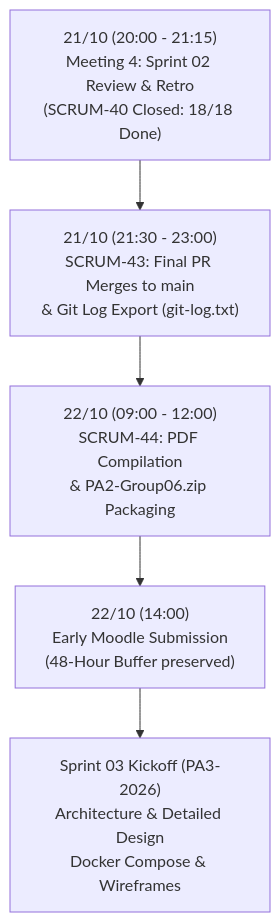
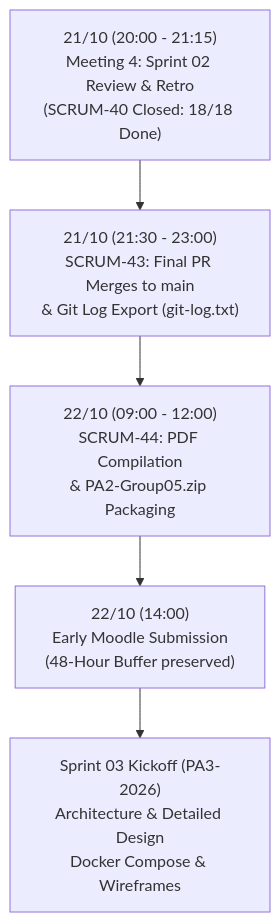
Before and after one commit to ThanhDu14/WikiCook: the second of 2 diagrams in docs/management/reports/sprint-02/sprint-02-report.md, drawn with Mermaid. The commit also changed other lines of this file and 18 other files, not shown here.

````diff
--- a/docs/management/reports/sprint-02/sprint-02-report.md
+++ b/docs/management/reports/sprint-02/sprint-02-report.md
@@ -575,7 +575,7 @@
 ```mermaid
 flowchart TD
     M4["21/10 (20:00 - 21:15)\nMeeting 4: Sprint 02 Review & Retro\n(SCRUM-40 Closed: 18/18 Done)"] --> DEV["21/10 (21:30 - 23:00)\nSCRUM-43: Final PR Merges to main\n& Git Log Export (git-log.txt)"]
-    DEV --> PKG["22/10 (09:00 - 12:00)\nSCRUM-44: PDF Compilation\n& PA2-Group06.zip Packaging"]
+    DEV --> PKG["22/10 (09:00 - 12:00)\nSCRUM-44: PDF Compilation\n& PA2-Group05.zip Packaging"]
     PKG --> SUB["22/10 (14:00)\nEarly Moodle Submission\n(48-Hour Buffer preserved)"]
     SUB --> S3["Sprint 03 Kickoff (PA3-2026)\nArchitecture & Detailed Design\nDocker Compose & Wireframes"]
 ```
````
